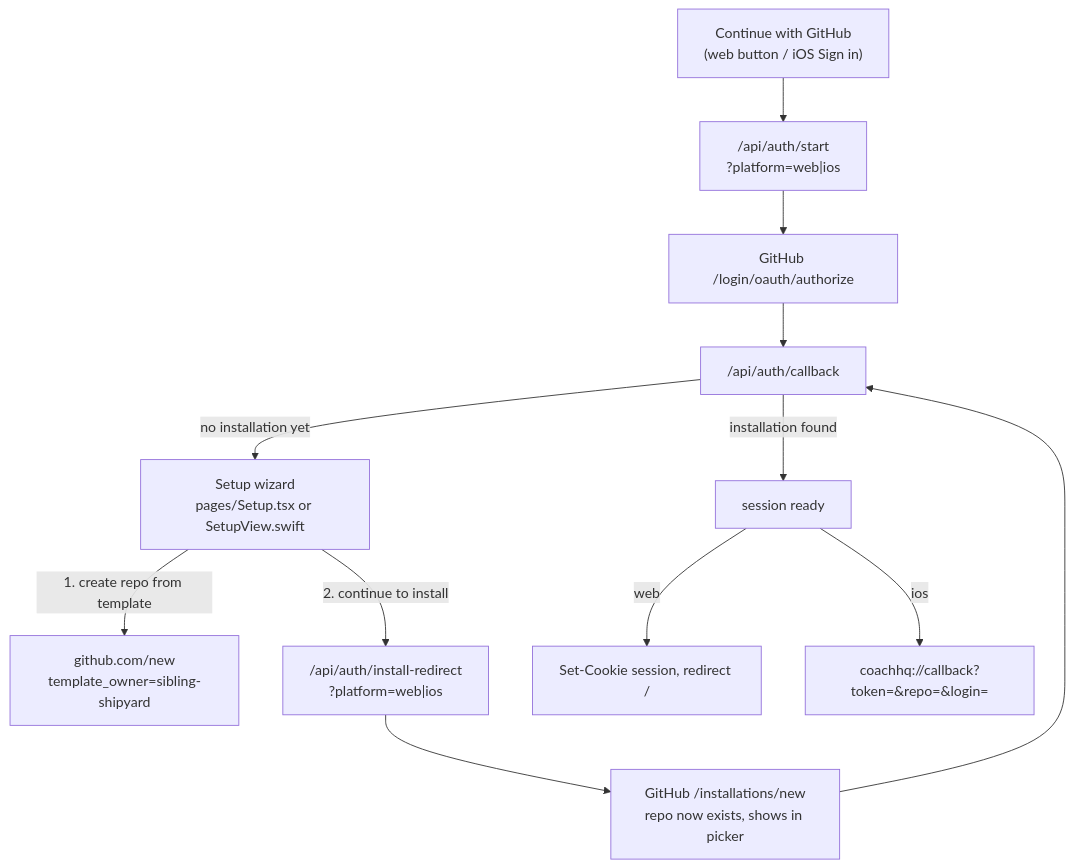
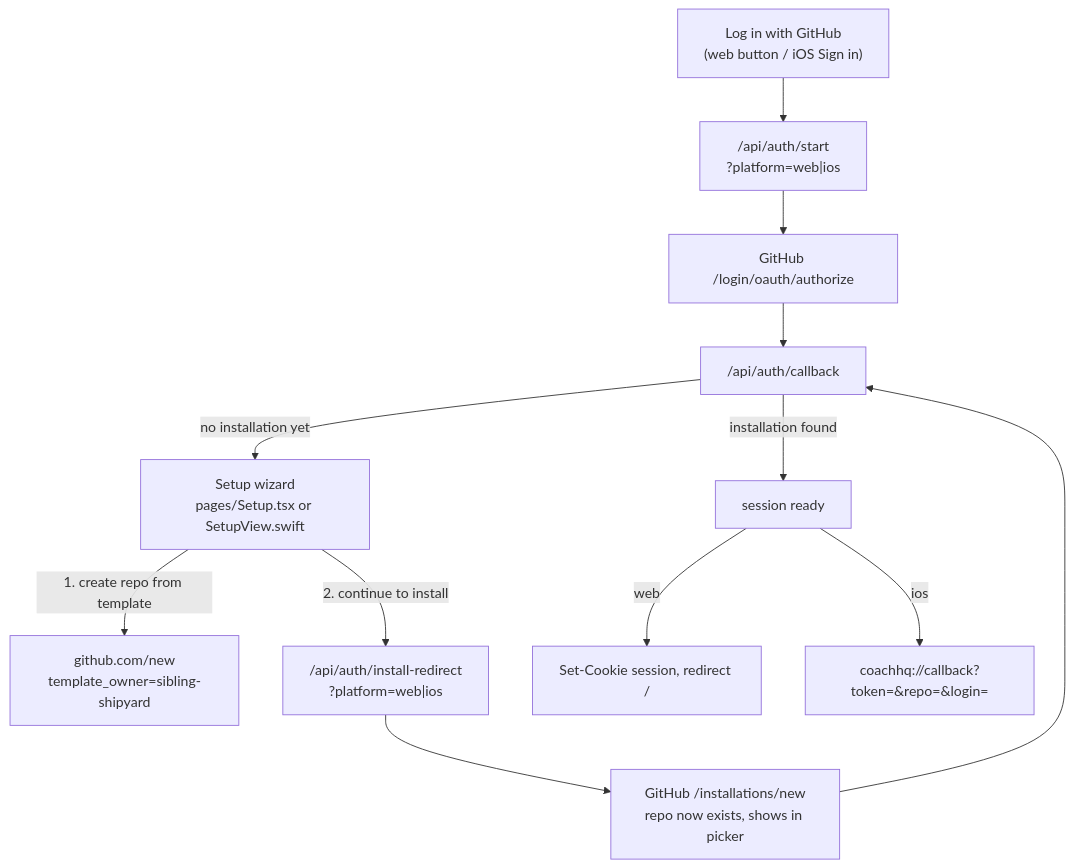
One commit to sibling-shipyard/coach-hq changed the first of 2 diagrams in engine/docs/github-auth.md. Above: the diagram before and after it, drawn with Mermaid. The commit also changed other lines of this file and 2 other files, not shown here.

First line of the commit message:
docs: ADR 0009 + github-auth.md refresh for rounds 1-4

````diff
--- a/engine/docs/github-auth.md
+++ b/engine/docs/github-auth.md
@@ -37,14 +37,14 @@
 ```mermaid
 flowchart TD
-    btn["Continue with GitHub<br/>(web button / iOS Sign in)"] --> start["/api/auth/start<br/>?platform=web|ios"]
+    btn["Log in with GitHub<br/>(web button / iOS Sign in)"] --> start["/api/auth/start<br/>?platform=web|ios"]
     start --> authorize["GitHub /login/oauth/authorize"]
     authorize --> cb["/api/auth/callback"]
     cb -->|"installation found"| done["session ready"]
     cb -->|"no installation yet"| setup["Setup wizard<br/>pages/Setup.tsx or SetupView.swift"]
     setup -->|"1. create repo from template"| gen["github.com/new<br/>template_owner=sibling-shipyard"]
     setup -->|"2. continue to install"| installredirect["/api/auth/install-redirect<br/>?platform=web|ios"]
     installredirect --> installpage["GitHub /installations/new<br/>repo now exists, shows in picker"]
     installpage --> cb
     done -->|"web"| webdone["Set-Cookie session, redirect /"]
     done -->|"ios"| iosdone["coachhq://callback?token=&repo=&login="]
 ```
````
